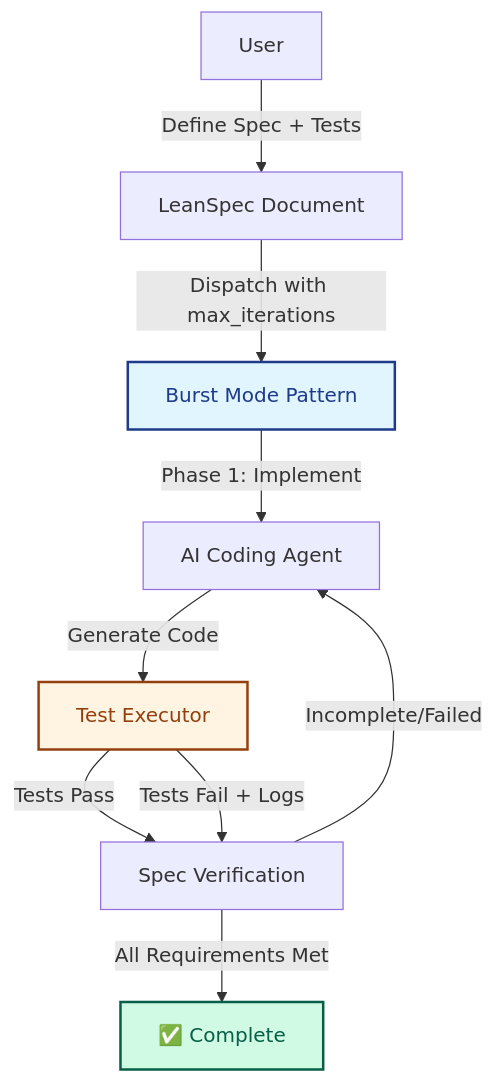
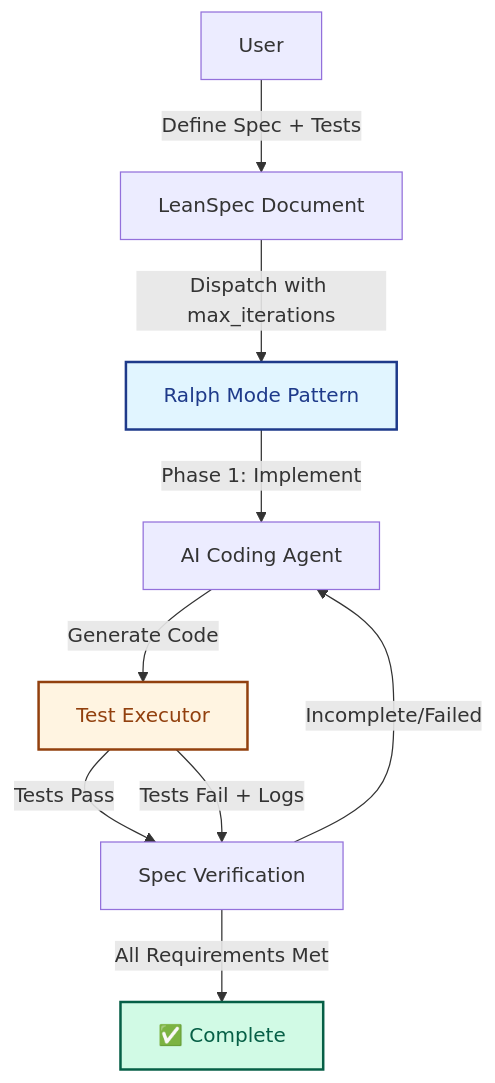
Before and after one commit to codervisor/lean-spec: the diagram in specs/171-burst-mode-orchestrator/README.md, drawn with Mermaid. The commit also changed other lines of this file and 32 other files, not shown here.

````diff
--- a/specs/171-burst-mode-orchestrator/README.md
+++ b/specs/171-burst-mode-orchestrator/README.md
@@ -46,15 +50,15 @@
 ```mermaid
 graph TB
     User[User] -->|"Define Spec + Tests"| Spec[LeanSpec Document]
-    Spec -->|"Dispatch with max_iterations"| BMO[Burst Mode Pattern]
+    Spec -->|"Dispatch with max_iterations"| BMO[Ralph Mode Pattern]
     BMO -->|"Phase 1: Implement"| Agent[AI Coding Agent]
     Agent -->|"Generate Code"| Executor[Test Executor]
     Executor -->|"Tests Pass"| Critic[Spec Verification]
     Executor -->|"Tests Fail + Logs"| Critic
     Critic -->|"Incomplete/Failed"| Agent
     Critic -->|"All Requirements Met"| Done[✅ Complete]
     
     style BMO fill:#e1f5ff,stroke:#1e3a8a,stroke-width:2px,color:#1e3a8a
     style Done fill:#d1fae5,stroke:#065f46,stroke-width:2px,color:#065f46
     style Executor fill:#fff4e1,stroke:#92400e,stroke-width:2px,color:#92400e
 ```
````
